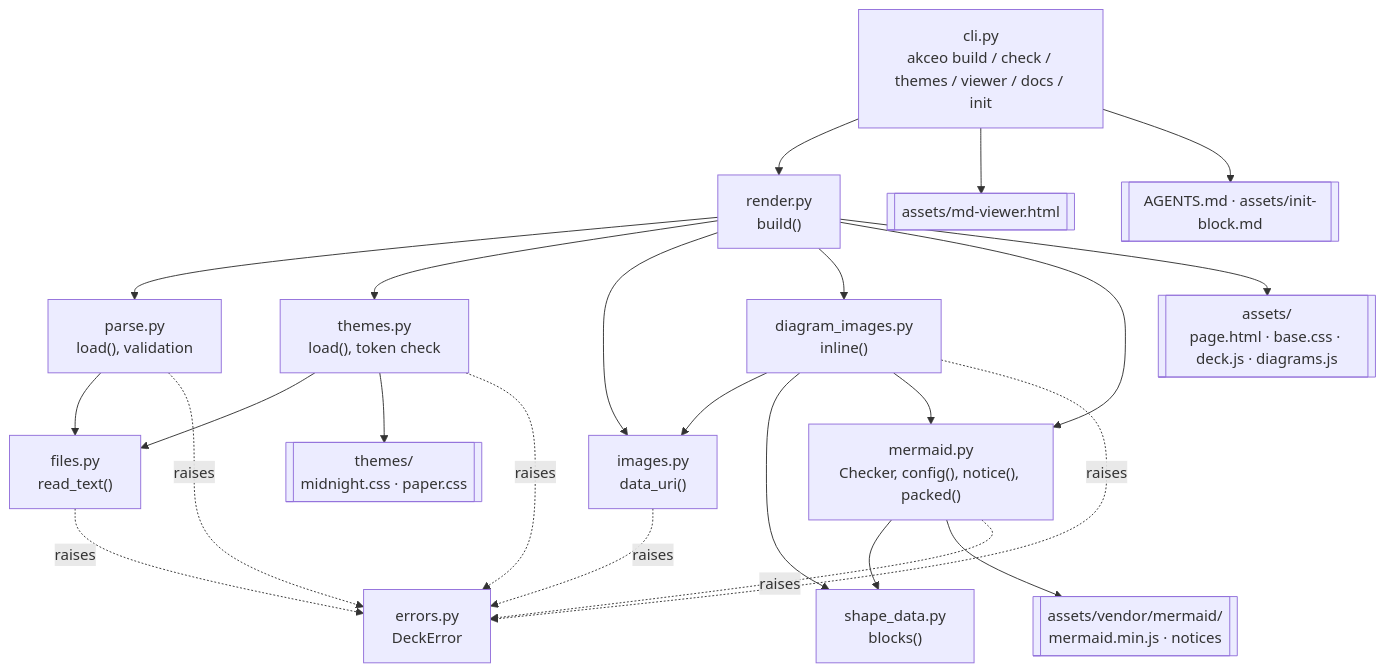
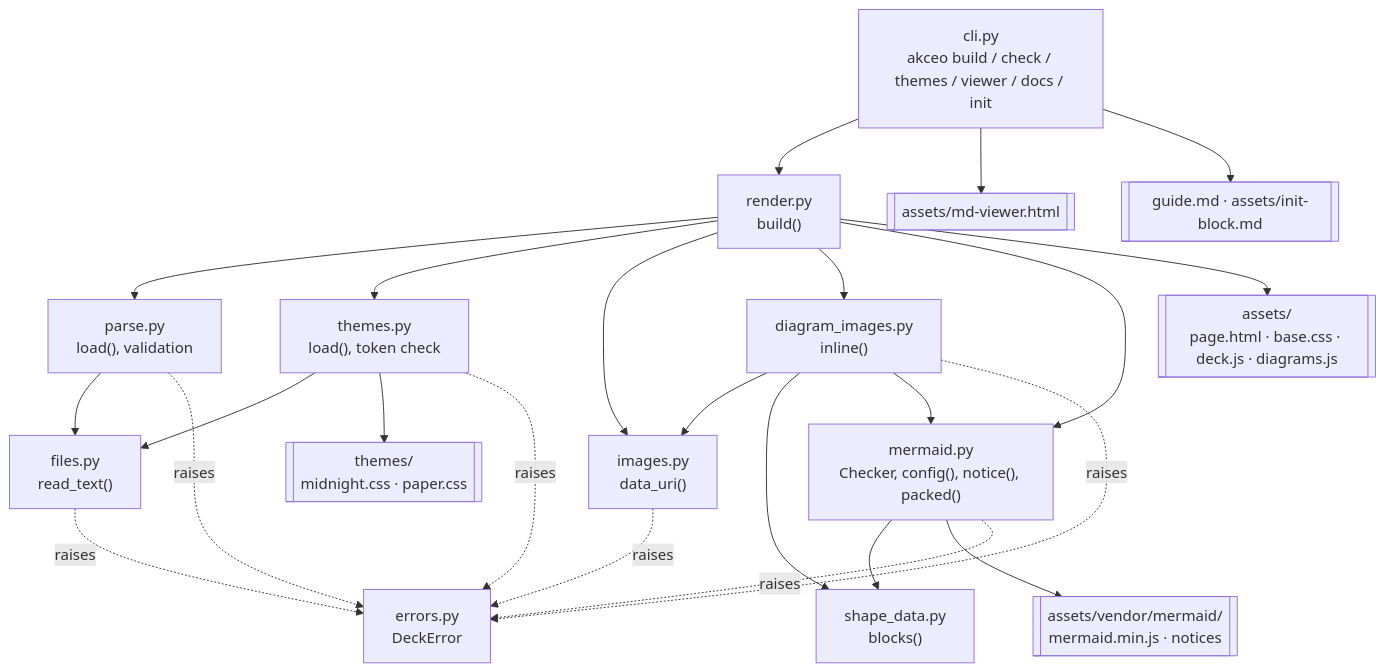
The fifth of 11 diagrams in docs/how-it-works.md (LunarCommand/akceo), drawn with Mermaid before and after one commit. The commit also changed other lines of this file and 15 other files, not shown here.

First line of the commit message:
Harden init and correct the agents guide

````diff
--- a/docs/how-it-works.md
+++ b/docs/how-it-works.md
@@ -197,26 +197,26 @@
 ```mermaid
 flowchart TD
     cli["cli.py<br/>akceo build / check / themes / viewer / docs / init"] --> render["render.py<br/>build()"]
     render --> parse["parse.py<br/>load(), validation"]
     parse --> files["files.py<br/>read_text()"]
     render --> themes["themes.py<br/>load(), token check"]
     themes --> files
     render --> images["images.py<br/>data_uri()"]
     render --> dimages["diagram_images.py<br/>inline()"]
     dimages --> images
     dimages --> shape["shape_data.py<br/>blocks()"]
     render --> mermaid["mermaid.py<br/>Checker, config(), notice(), packed()"]
     dimages --> mermaid
     mermaid --> shape
     mermaid --> vendor[["assets/vendor/mermaid/<br/>mermaid.min.js · notices"]]
     render --> assets[["assets/<br/>page.html · base.css · deck.js · diagrams.js"]]
     themes --> builtin[["themes/<br/>midnight.css · paper.css"]]
     cli --> viewer[["assets/md-viewer.html"]]
-    cli --> guide[["AGENTS.md · assets/init-block.md"]]
+    cli --> guide[["guide.md · assets/init-block.md"]]
     parse -.->|raises| err["errors.py<br/>DeckError"]
     themes -.->|raises| err
     images -.->|raises| err
     dimages -.->|raises| err
     mermaid -.->|raises| err
     files -.->|raises| err
 ```
````
